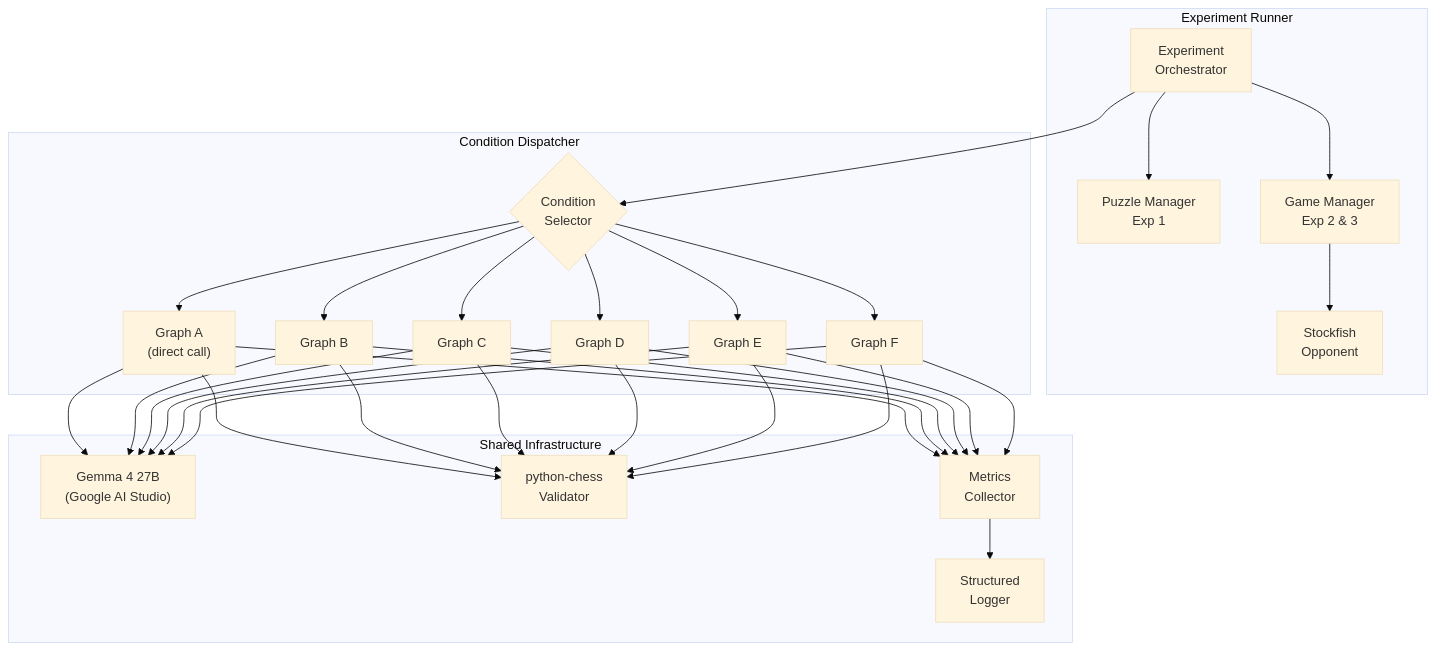
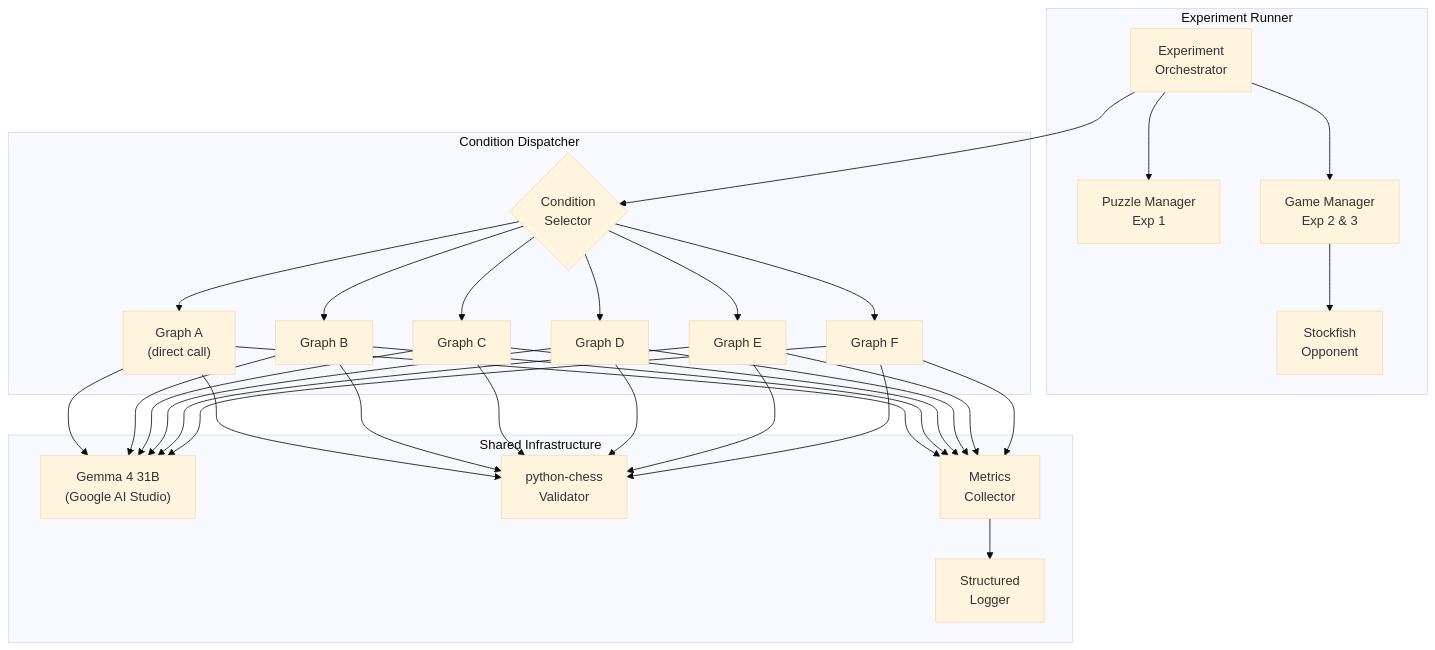
Before and after one commit to Abdel-RahmanIII/Maat: the second of 9 diagrams in docs/reference/implementation_plan.md, drawn with Mermaid (base theme). The commit also changed other lines of this file and 67 other files, not shown here.

````diff
--- a/docs/reference/implementation_plan.md
+++ b/docs/reference/implementation_plan.md
@@ -130,36 +130,36 @@
 ```mermaid
 graph TB
     subgraph "Experiment Runner"
         ER[Experiment<br/>Orchestrator]
         PM[Puzzle Manager<br/>Exp 1]
         GM[Game Manager<br/>Exp 2 & 3]
         SF[Stockfish<br/>Opponent]
     end
 
     subgraph "Condition Dispatcher"
         CD{Condition<br/>Selector}
         GA["Graph A<br/>(direct call)"]
         GB["Graph B"]
         GC["Graph C"]
         GD["Graph D"]
         GE["Graph E"]
         GF["Graph F"]
     end
 
     subgraph "Shared Infrastructure"
-        LLM["Gemma 4 27B<br/>(Google AI Studio)"]
+        LLM["Gemma 4 31B<br/>(Google AI Studio)"]
         VAL["python-chess<br/>Validator"]
         MC[Metrics<br/>Collector]
         LOG[Structured<br/>Logger]
     end
 
     ER --> PM
     ER --> GM
     GM --> SF
     ER --> CD
     CD --> GA & GB & GC & GD & GE & GF
     GA & GB & GC & GD & GE & GF --> LLM
     GA & GB & GC & GD & GE & GF --> VAL
     GA & GB & GC & GD & GE & GF --> MC
     MC --> LOG
 ```
````
